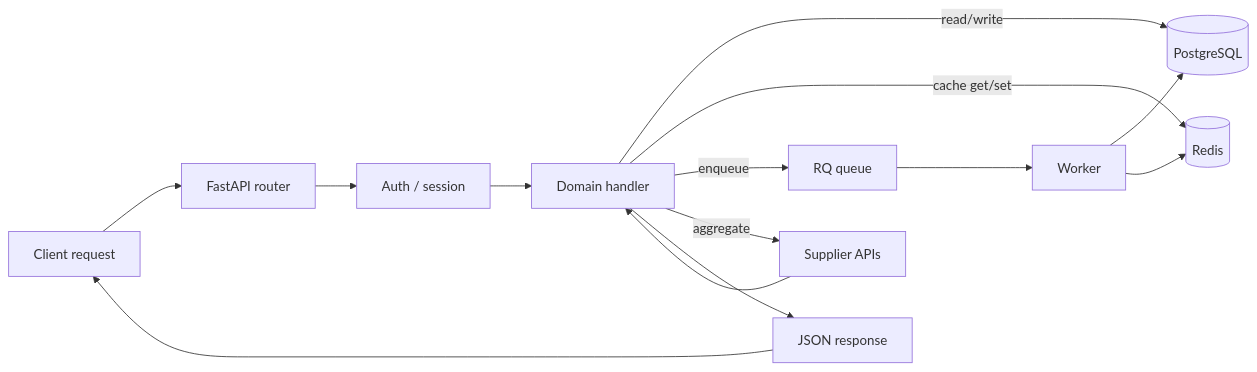
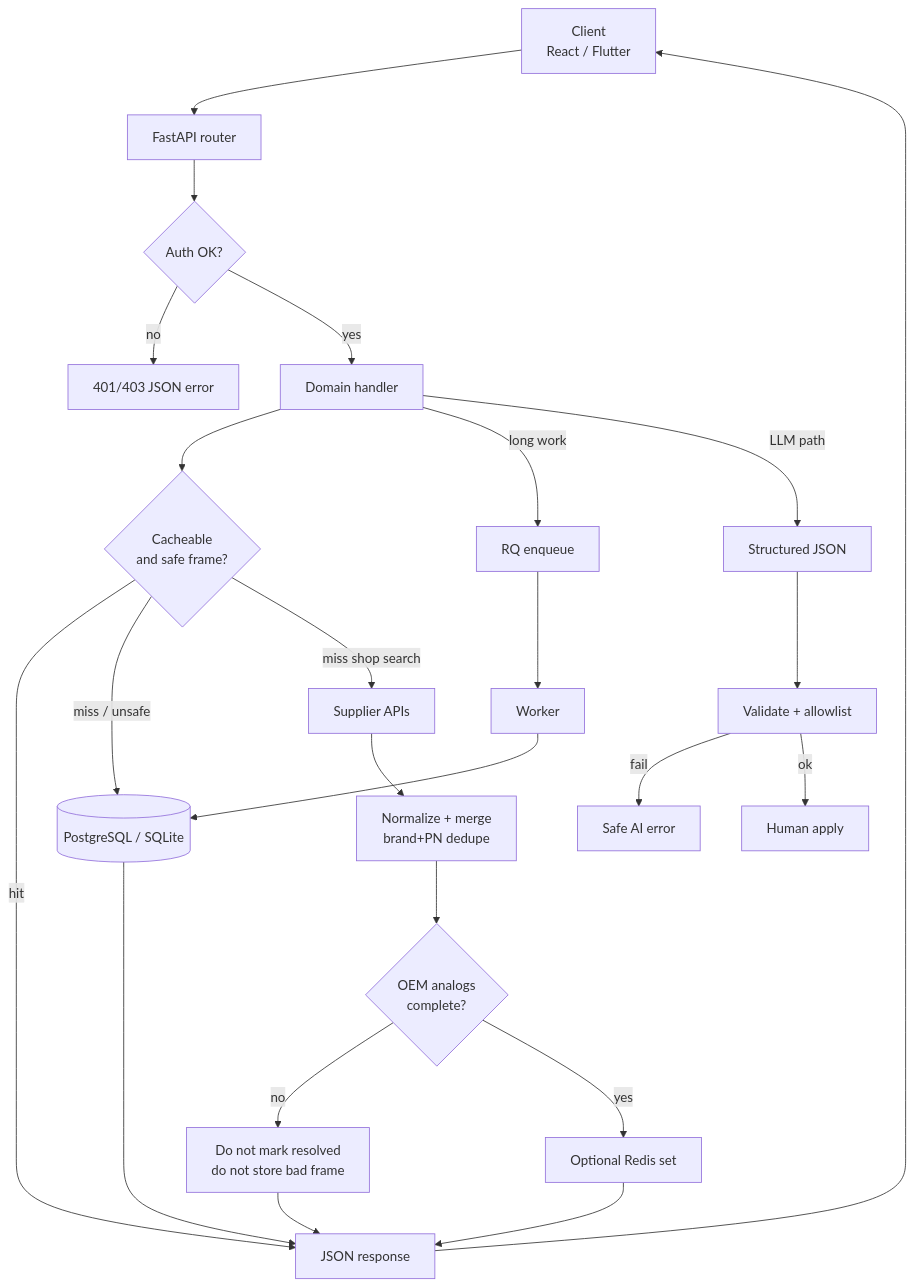
The diagram in architecture/data-flow.mmd (JuliShestakova/movacore-portfolio), drawn with Mermaid before and after one commit. The commit also changed 14 other files, not shown here.

Commit message:
feat: expand MovaCore engineering portfolio

```diff
--- a/architecture/data-flow.mmd
+++ b/architecture/data-flow.mmd
@@ -1,18 +1,28 @@
-flowchart LR
-  C[Client request] --> A[FastAPI router]
-  A --> AUTH[Auth / session]
-  AUTH --> H[Domain handler]
+%% MovaCore — request / data flow with errors and cache
+flowchart TB
+  C["Client<br/>React / Flutter"] --> A["FastAPI router"]
+  A --> AUTH{"Auth OK?"}
+  AUTH -->|no| E401["401/403 JSON error"]
+  AUTH -->|yes| H["Domain handler"]
 
-  H -->|read/write| PG[(PostgreSQL)]
-  H -->|cache get/set| RD[(Redis)]
-  H -->|enqueue| Q[RQ queue]
-
-  H -->|aggregate| SUP[Supplier APIs]
-  SUP --> H
-
-  H --> R[JSON response]
+  H --> CACHE{"Cacheable<br/>and safe frame?"}
+  CACHE -->|hit| R["JSON response"]
+  CACHE -->|miss / unsafe| DB[(PostgreSQL / SQLite)]
+  CACHE -->|miss shop search| SUP["Supplier APIs"]
+  SUP --> VAL["Normalize + merge<br/>brand+PN dedupe"]
+  VAL --> SAFE{"OEM analogs<br/>complete?"}
+  SAFE -->|no| DROP["Do not mark resolved<br/>do not store bad frame"]
+  SAFE -->|yes| SET["Optional Redis set"]
+  DB --> R
+  SET --> R
+  DROP --> R
   R --> C
 
-  Q --> W[Worker]
-  W --> PG
-  W --> RD
+  H -->|long work| Q["RQ enqueue"]
+  Q --> W["Worker"]
+  W --> DB
+
+  H -->|LLM path| LLM["Structured JSON"]
+  LLM --> GATE["Validate + allowlist"]
+  GATE -->|fail| EAI["Safe AI error"]
+  GATE -->|ok| HITL["Human apply"]
```
